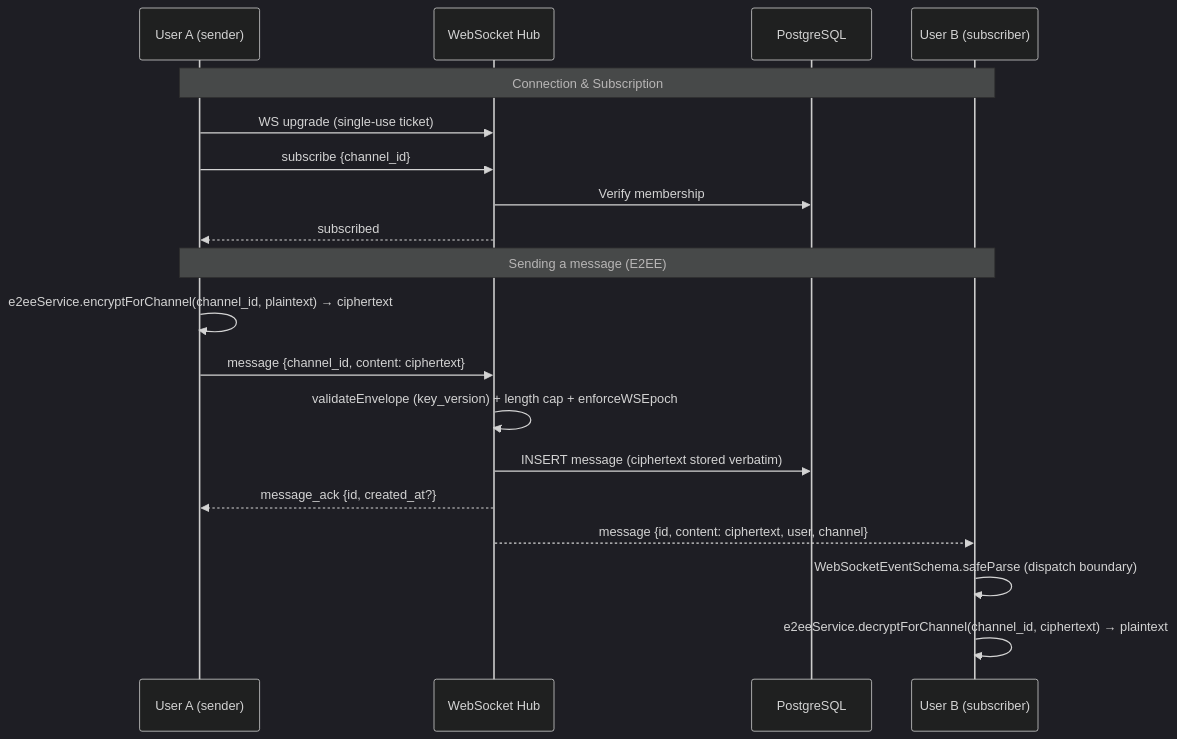
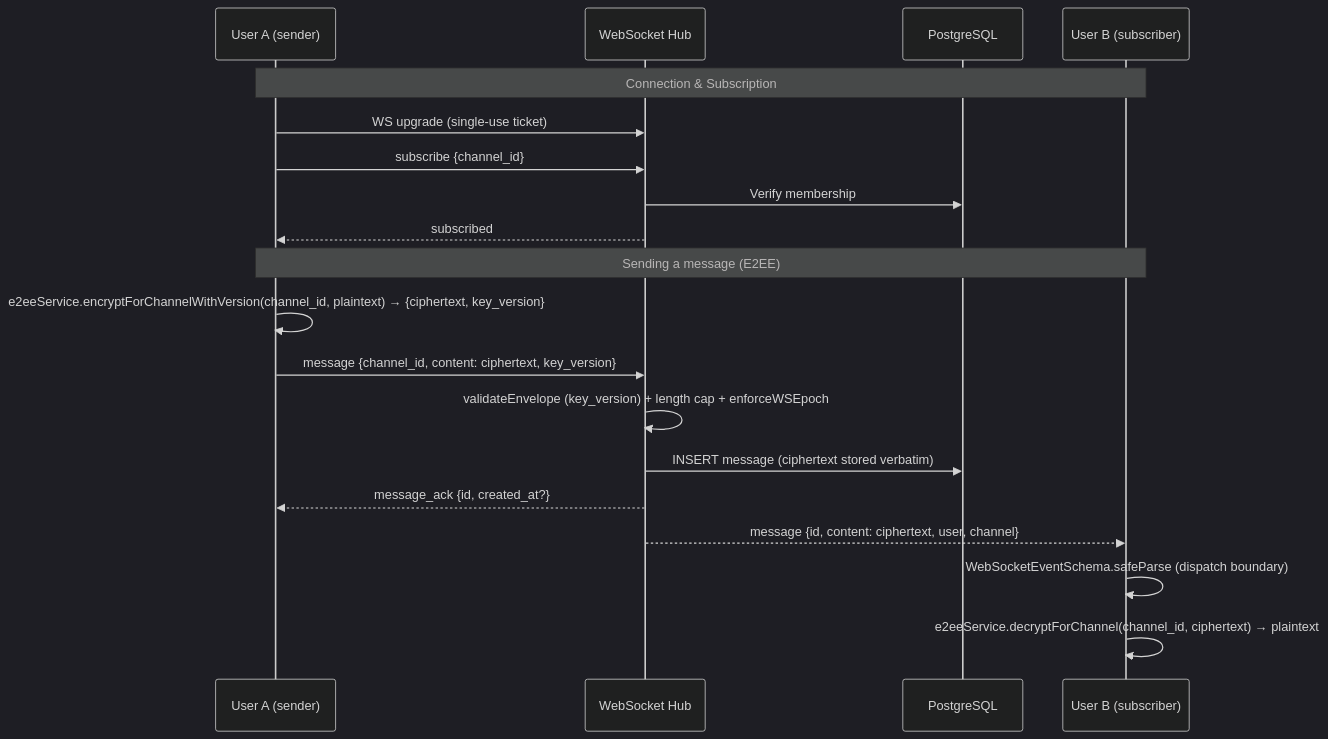
The sixth of 10 diagrams in docs/architecture.md (Concord-Voice/Concord-Voice), drawn with Mermaid (dark theme) before and after one commit. The commit also changed other lines of this file and 22 other files, not shown here.

````diff
--- a/docs/architecture.md
+++ b/docs/architecture.md
@@ -869,23 +869,23 @@
 ```mermaid
 sequenceDiagram
     participant A as User A (sender)
     participant WS as WebSocket Hub
     participant PG as PostgreSQL
     participant B as User B (subscriber)
 
     Note over A,B: Connection & Subscription
     A->>WS: WS upgrade (single-use ticket)
     A->>WS: subscribe {channel_id}
     WS->>PG: Verify membership
     WS-->>A: subscribed
 
     Note over A,B: Sending a message (E2EE)
-    A->>A: e2eeService.encryptForChannel(channel_id, plaintext) → ciphertext
-    A->>WS: message {channel_id, content: ciphertext}
+    A->>A: e2eeService.encryptForChannelWithVersion(channel_id, plaintext) → {ciphertext, key_version}
+    A->>WS: message {channel_id, content: ciphertext, key_version}
     WS->>WS: validateEnvelope (key_version) + length cap + enforceWSEpoch
     WS->>PG: INSERT message (ciphertext stored verbatim)
     WS-->>A: message_ack {id, created_at?}
     WS-->>B: message {id, content: ciphertext, user, channel}
     B->>B: WebSocketEventSchema.safeParse (dispatch boundary)
     B->>B: e2eeService.decryptForChannel(channel_id, ciphertext) → plaintext
 ```
````
